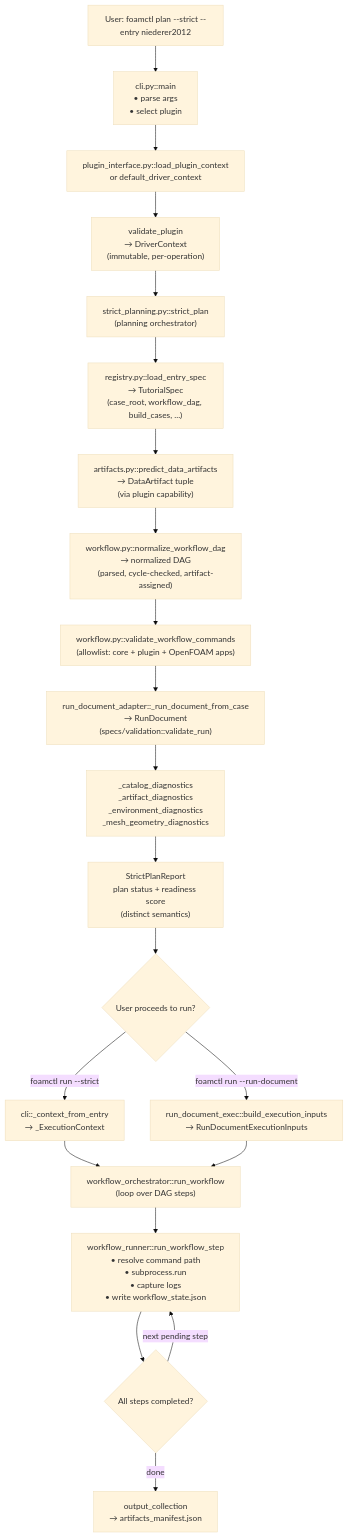
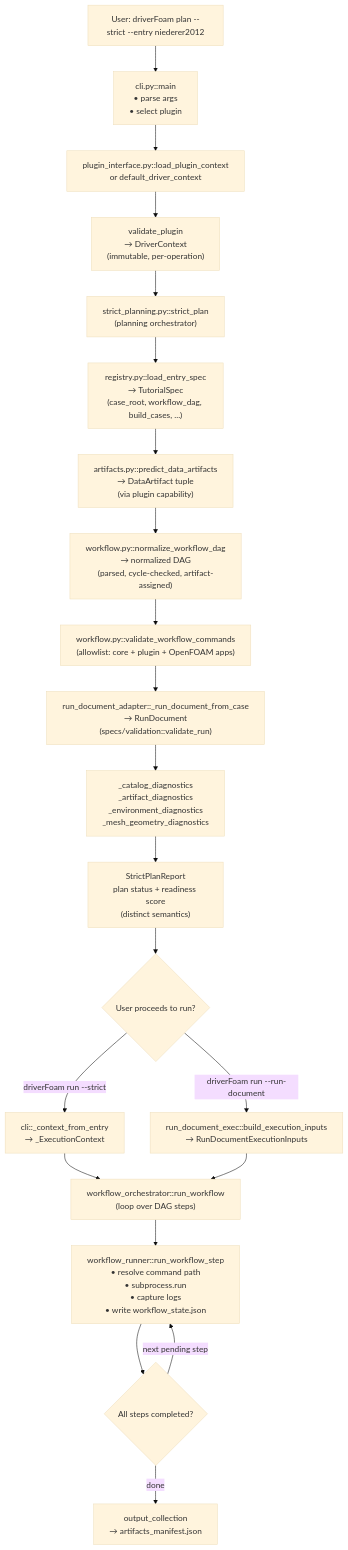
One commit to solids4foam/cardiacFoam changed the second of 7 diagrams in applications/scripts/driverFoam/ARCHITECTURE.md. Above: the diagram before and after it, drawn with Mermaid (base theme). The commit also changed other lines of this file and 36 other files, not shown here.

First line of the commit message:
refactor(driverFOAM): scrub legacy engine mentions and deprecate foamctl

````diff
--- a/applications/scripts/driverFoam/ARCHITECTURE.md
+++ b/applications/scripts/driverFoam/ARCHITECTURE.md
@@ -379,43 +379,43 @@
 ```mermaid
 flowchart TD
-    A["User: foamctl plan --strict --entry niederer2012"] --> B
+    A["User: driverFoam plan --strict --entry niederer2012"] --> B
 
     B["cli.py::main\n• parse args\n• select plugin"] --> C
 
     C["plugin_interface.py::load_plugin_context\nor default_driver_context"] --> D
 
     D["validate_plugin\n→ DriverContext\n(immutable, per-operation)"] --> E
 
     E["strict_planning.py::strict_plan\n(planning orchestrator)"] --> F
 
     F["registry.py::load_entry_spec\n→ TutorialSpec\n(case_root, workflow_dag, build_cases, ...)"] --> G
 
     G["artifacts.py::predict_data_artifacts\n→ DataArtifact tuple\n(via plugin capability)"] --> H
 
     H["workflow.py::normalize_workflow_dag\n→ normalized DAG\n(parsed, cycle-checked, artifact-assigned)"] --> I
 
     I["workflow.py::validate_workflow_commands\n(allowlist: core + plugin + OpenFOAM apps)"] --> J
 
     J["run_document_adapter::_run_document_from_case\n→ RunDocument\n(specs/validation::validate_run)"] --> K
 
     K["_catalog_diagnostics\n_artifact_diagnostics\n_environment_diagnostics\n_mesh_geometry_diagnostics"] --> L
 
     L["StrictPlanReport\nplan status + readiness score\n(distinct semantics)"] --> M
 
     M{User proceeds to run?}
-    M -->|foamctl run --strict| N
-    M -->|foamctl run --run-document| N2
+    M -->|driverFoam run --strict| N
+    M -->|driverFoam run --run-document| N2
 
     N["cli::_context_from_entry\n→ _ExecutionContext"] --> O
     N2["run_document_exec::build_execution_inputs\n→ RunDocumentExecutionInputs"] --> O
 
     O["workflow_orchestrator::run_workflow\n(loop over DAG steps)"] --> P
 
     P["workflow_runner::run_workflow_step\n• resolve command path\n• subprocess.run\n• capture logs\n• write workflow_state.json"] --> Q
 
     Q{"All steps completed?"}
     Q -->|next pending step| P
     Q -->|done| R
 
     R["output_collection\n→ artifacts_manifest.json"]
 ```
````
